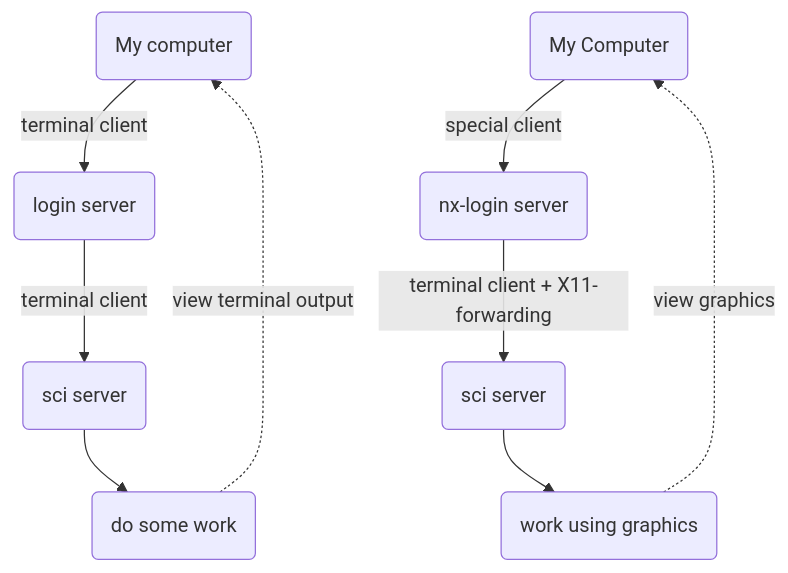
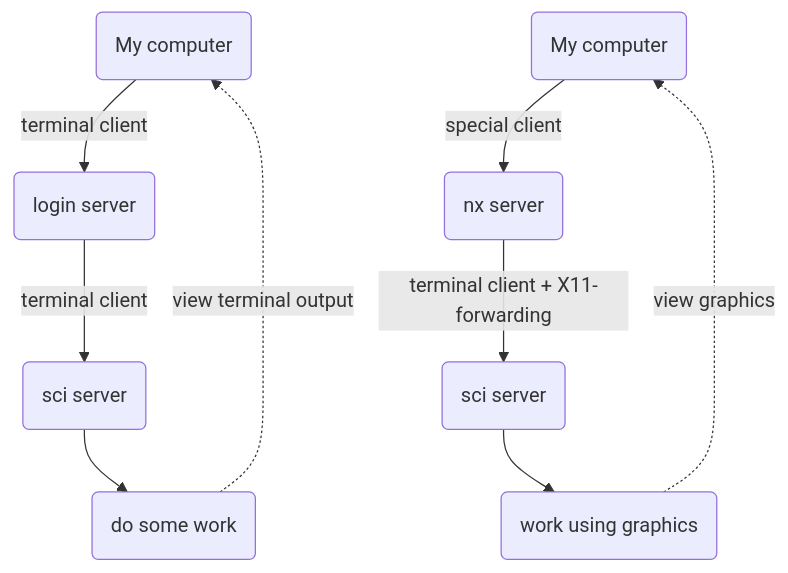
One commit to cedadev/jasmin-workshop changed the second of 2 diagrams in exercises/ex01/README.md. Above: the diagram before and after it, drawn with Mermaid. The commit also changed other lines of this file, not shown here.

Commit message:
Change `nx-login` servers to `nx`

````diff
--- a/exercises/ex01/README.md
+++ b/exercises/ex01/README.md
@@ -212,16 +212,16 @@
 ```mermaid
 flowchart TD
    id1(My computer)
    -- terminal client -->id2(login server)
    -- terminal client -->id3(sci server)
    -->id4(do some work)
 
    id4-. view terminal output .->id1
 
-   id5(My Computer)
-   -- special client -->id6(nx-login server)
+   id5(My computer)
+   -- special client -->id6(nx server)
    -- terminal client + X11-forwarding -->id7(sci server)
    -->id8(work using graphics)
    
    id8-. view graphics .->id5
 ```
````
